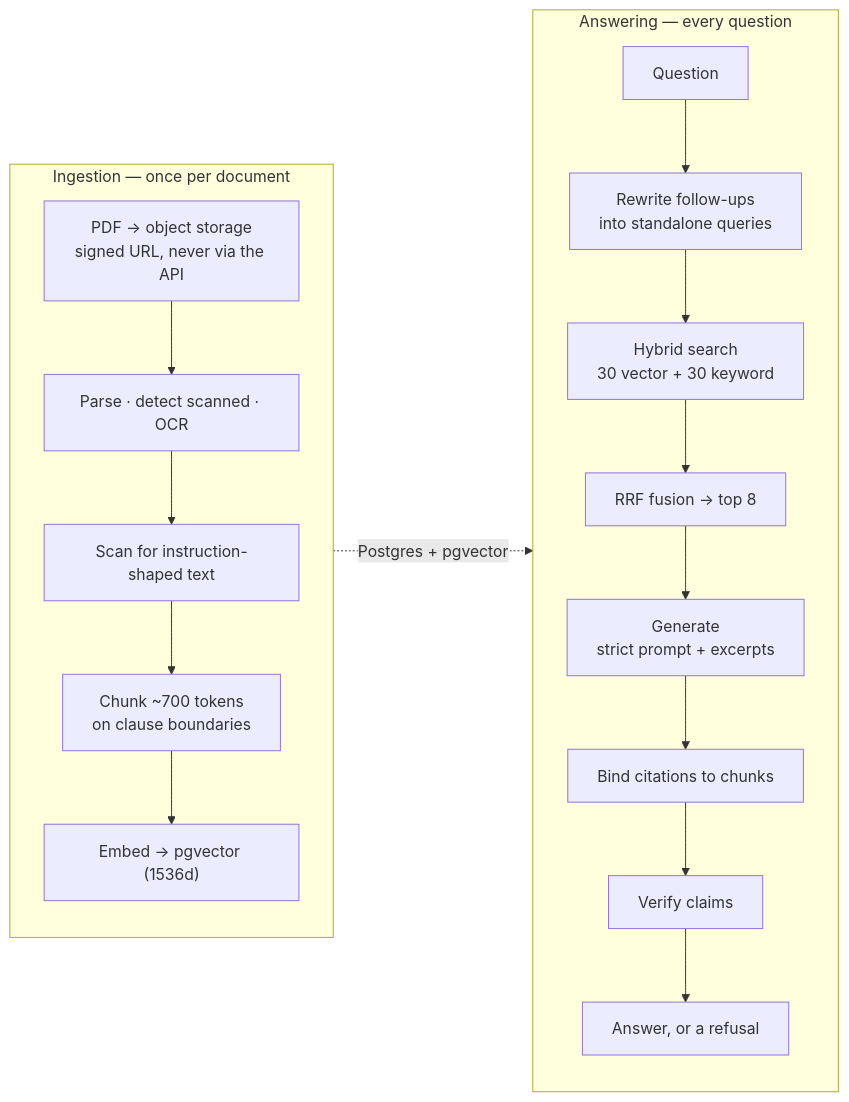
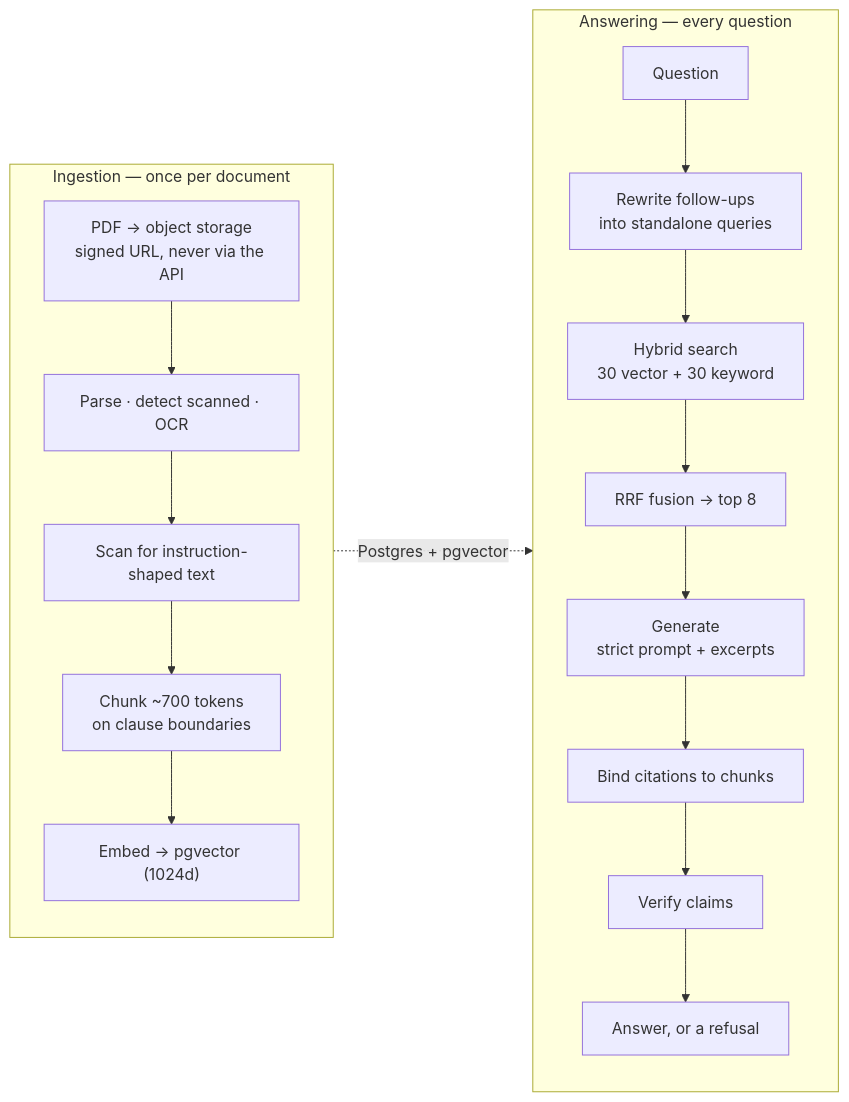
One commit to bilalgurkansanli/BioPolicy changed the first of 2 diagrams in README.md. Above: the diagram before and after it, drawn with Mermaid. The commit also changed other lines of this file, not shown here.

````diff
--- a/README.md
+++ b/README.md
@@ -170,24 +170,24 @@
 ```mermaid
 flowchart LR
   subgraph ingest["Ingestion — once per document"]
     direction TB
     U["PDF → object storage<br/>signed URL, never via the API"]
     U --> P["Parse · detect scanned · OCR"]
     P --> S["Scan for instruction-shaped text"]
     S --> C["Chunk ~700 tokens<br/>on clause boundaries"]
-    C --> E["Embed → pgvector (1536d)"]
+    C --> E["Embed → pgvector (1024d)"]
   end
 
   subgraph ask["Answering — every question"]
     direction TB
     Q["Question"] --> RW["Rewrite follow-ups<br/>into standalone queries"]
     RW --> H["Hybrid search<br/>30 vector + 30 keyword"]
     H --> F["RRF fusion → top 8"]
     F --> G["Generate<br/>strict prompt + excerpts"]
     G --> B["Bind citations to chunks"]
     B --> V["Verify claims"]
     V --> A["Answer, or a refusal"]
   end
 
   E -.->|"Postgres + pgvector"| H
 ```
````
